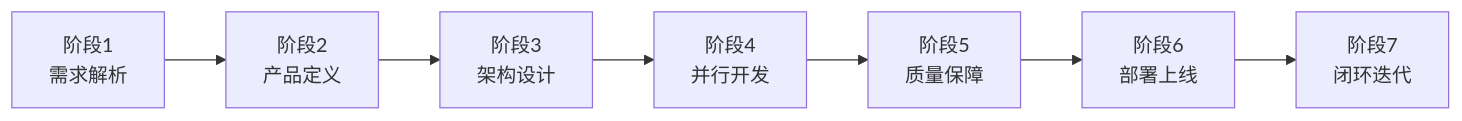
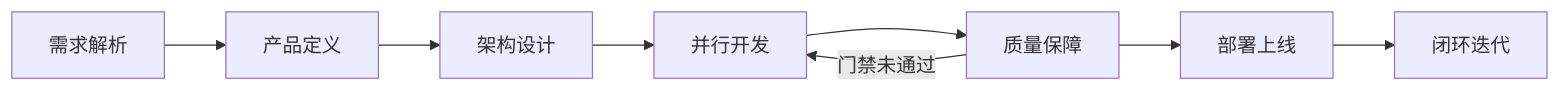
Before and after one commit to Tooooommy/Trae-Workflow: the second of 6 diagrams in skills/orchestrator/SKILL.md, drawn with Mermaid. The commit also changed other lines of this file and 18 other files, not shown here.

````diff
--- a/skills/orchestrator/SKILL.md
+++ b/skills/orchestrator/SKILL.md
@@ -171,9 +185,10 @@
 ```mermaid
 flowchart LR
-    A[阶段1<br/>需求解析] --> B[阶段2<br/>产品定义]
-    B --> C[阶段3<br/>架构设计]
-    C --> D[阶段4<br/>并行开发]
-    D --> E[阶段5<br/>质量保障]
-    E --> F[阶段6<br/>部署上线]
-    F --> G[阶段7<br/>闭环迭代]
+    A[需求解析] --> B[产品定义]
+    B --> C[架构设计]
+    C --> D[并行开发]
+    D --> E[质量保障]
+    E --> F[部署上线]
+    F --> G[闭环迭代]
+    E -->|门禁未通过| D
 ```
````
